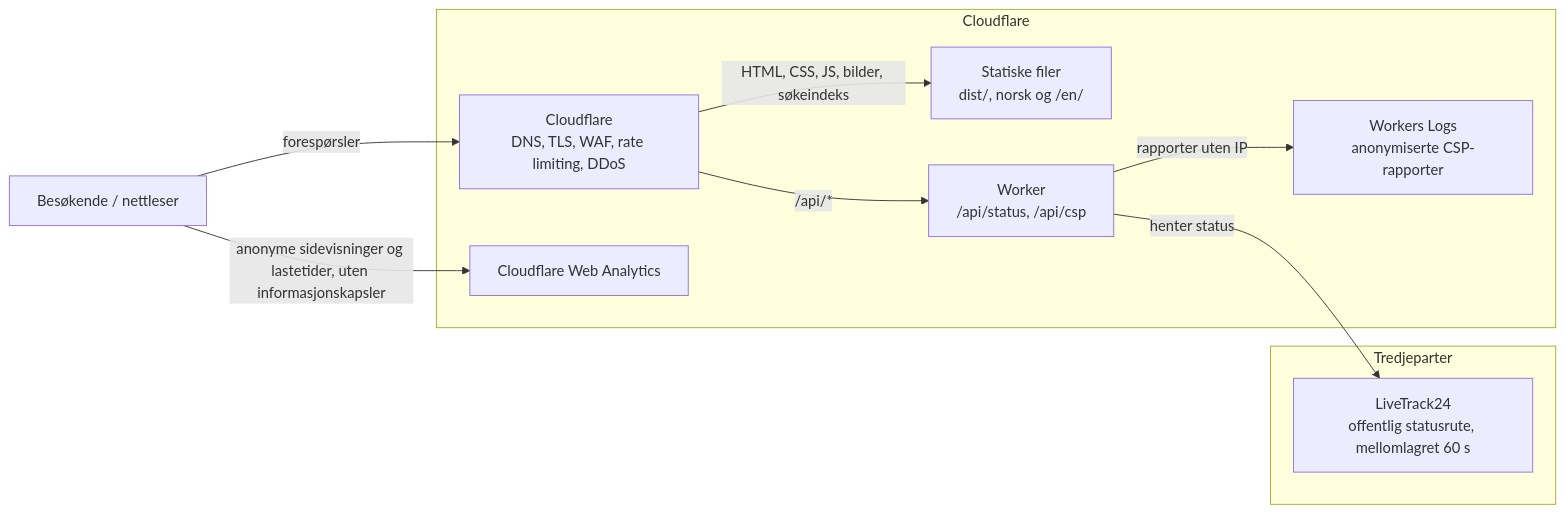
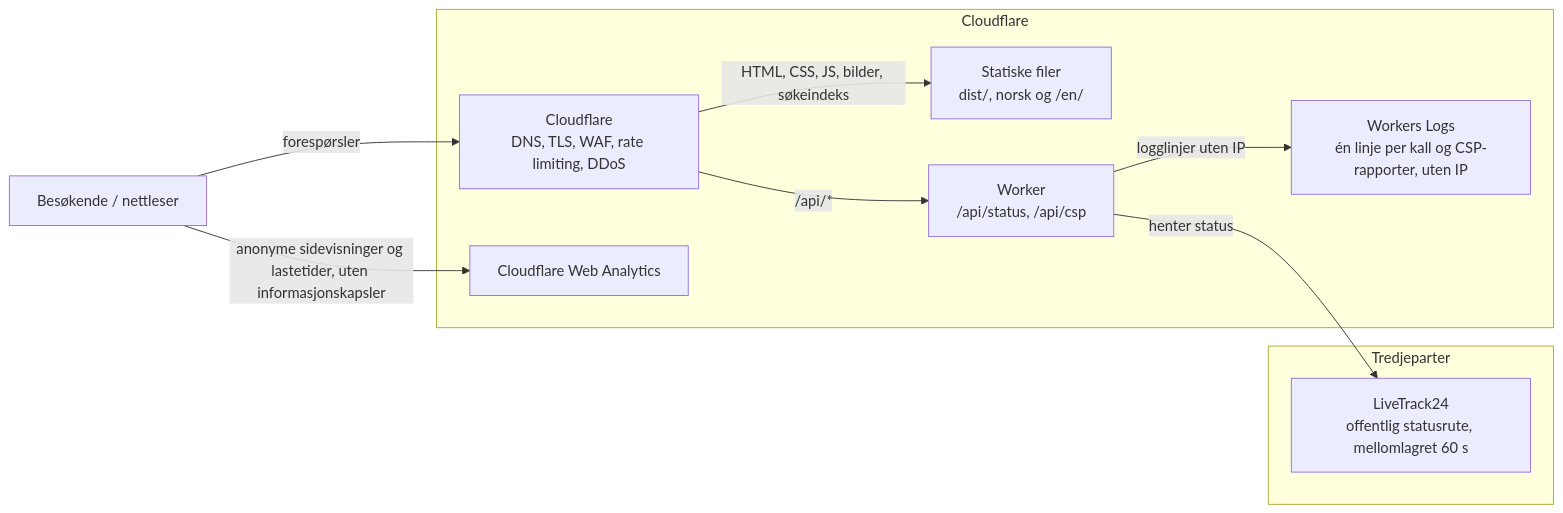
One commit to hofstadnet/hofstadnet-web changed the first of 2 diagrams in docs/architecture.md. Above: the diagram before and after it, drawn with Mermaid. The commit also changed other lines of this file and 8 other files, not shown here.

First line of the commit message:
Logger uten IP: egne logglinjer fra Workeren, uten Cloudflares logg per kall og sporing (#53)

````diff
--- a/docs/architecture.md
+++ b/docs/architecture.md
@@ -23,20 +23,20 @@
 ```mermaid
 flowchart LR
   visitor["Besøkende / nettleser"]
   subgraph cloudflare["Cloudflare"]
     edge["Cloudflare<br/>DNS, TLS, WAF, rate limiting, DDoS"]
     static["Statiske filer<br/>dist/, norsk og /en/"]
     worker["Worker<br/>/api/status, /api/csp"]
-    logs["Workers Logs<br/>anonymiserte CSP-rapporter"]
+    logs["Workers Logs<br/>én linje per kall og CSP-rapporter, uten IP"]
     analytics["Cloudflare Web Analytics"]
   end
   subgraph thirdparty["Tredjeparter"]
     livetrack["LiveTrack24<br/>offentlig statusrute, mellomlagret 60 s"]
   end
   visitor -->|"forespørsler"| edge
   edge -->|"HTML, CSS, JS, bilder, søkeindeks"| static
   edge -->|"/api/*"| worker
   worker -->|"henter status"| livetrack
-  worker -->|"rapporter uten IP"| logs
+  worker -->|"logglinjer uten IP"| logs
   visitor -->|"anonyme sidevisninger og lastetider, uten informasjonskapsler"| analytics
 ```
````
